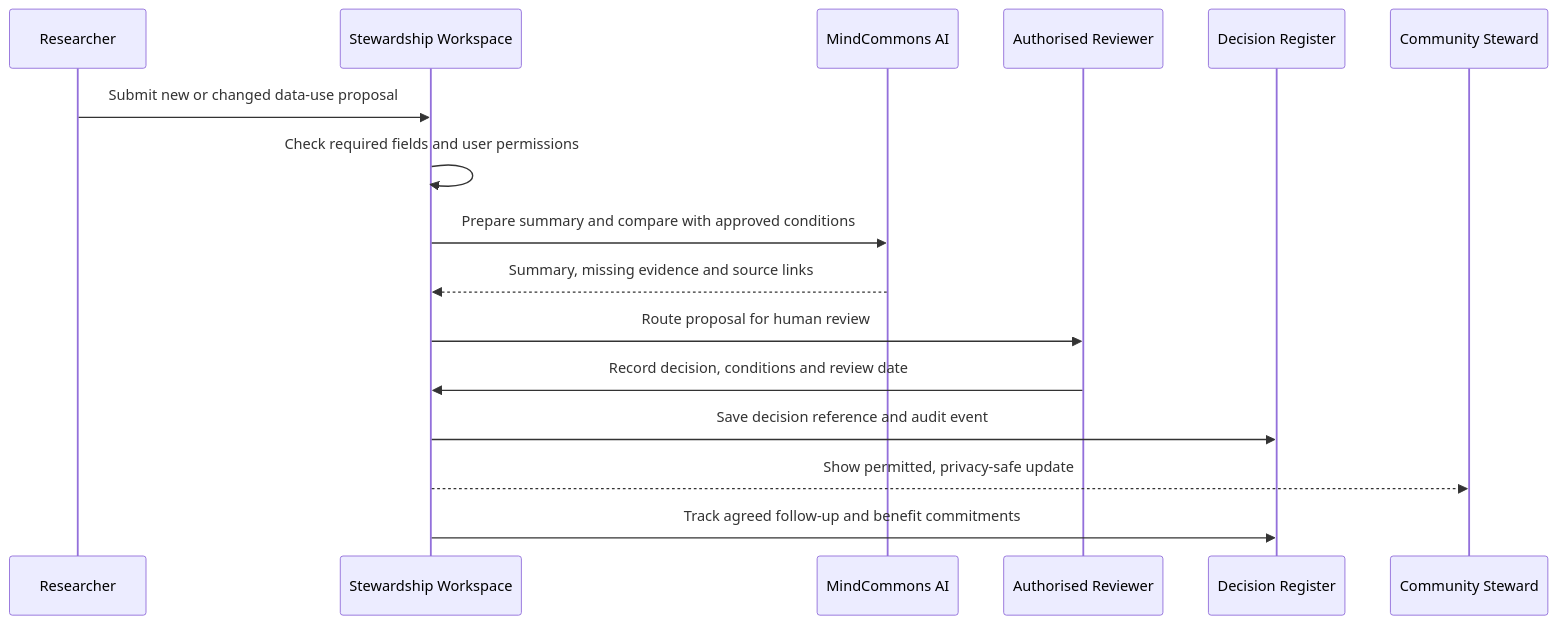
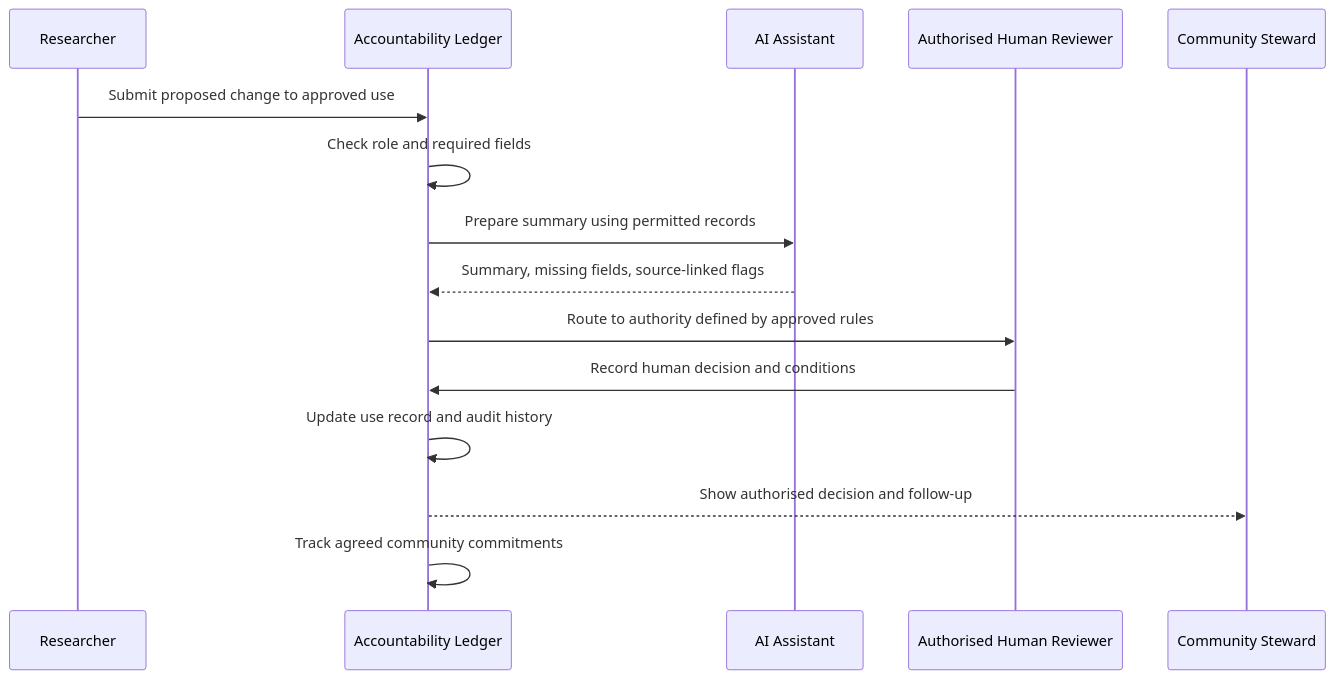
One commit to preciousapiridibagha1-star/technical-writing-research-and-documentation- changed the second of 2 diagrams in projects/mindcommons-ai/architecture/SYSTEM_ARCHITECTURE.md. Above: the diagram before and after it, drawn with Mermaid. The commit also changed other lines of this file, not shown here.

Commit message:
Narrow MindCommons to a three-capability data-use accountability ledger

````diff
--- a/projects/mindcommons-ai/architecture/SYSTEM_ARCHITECTURE.md
+++ b/projects/mindcommons-ai/architecture/SYSTEM_ARCHITECTURE.md
@@ -90,19 +80,18 @@
 ```mermaid
 sequenceDiagram
   participant Researcher
-  participant App as Stewardship Workspace
-  participant AI as MindCommons AI
-  participant Reviewer as Authorised Reviewer
-  participant Record as Decision Register
-  participant Community as Community Steward
+  participant App as Accountability Ledger
+  participant AI as AI Assistant
+  participant Reviewer as Authorised Human Reviewer
+  participant Steward as Community Steward
 
-  Researcher->>App: Submit new or changed data-use proposal
-  App->>App: Check required fields and user permissions
-  App->>AI: Prepare summary and compare with approved conditions
-  AI-->>App: Summary, missing evidence and source links
-  App->>Reviewer: Route proposal for human review
-  Reviewer->>App: Record decision, conditions and review date
-  App->>Record: Save decision reference and audit event
-  App-->>Community: Show permitted, privacy-safe update
-  App->>Record: Track agreed follow-up and benefit commitments
+  Researcher->>App: Submit proposed change to approved use
+  App->>App: Check role and required fields
+  App->>AI: Prepare summary using permitted records
+  AI-->>App: Summary, missing fields, source-linked flags
+  App->>Reviewer: Route to authority defined by approved rules
+  Reviewer->>App: Record human decision and conditions
+  App->>App: Update use record and audit history
+  App-->>Steward: Show authorised decision and follow-up
+  App->>App: Track agreed community commitments
 ```
````
